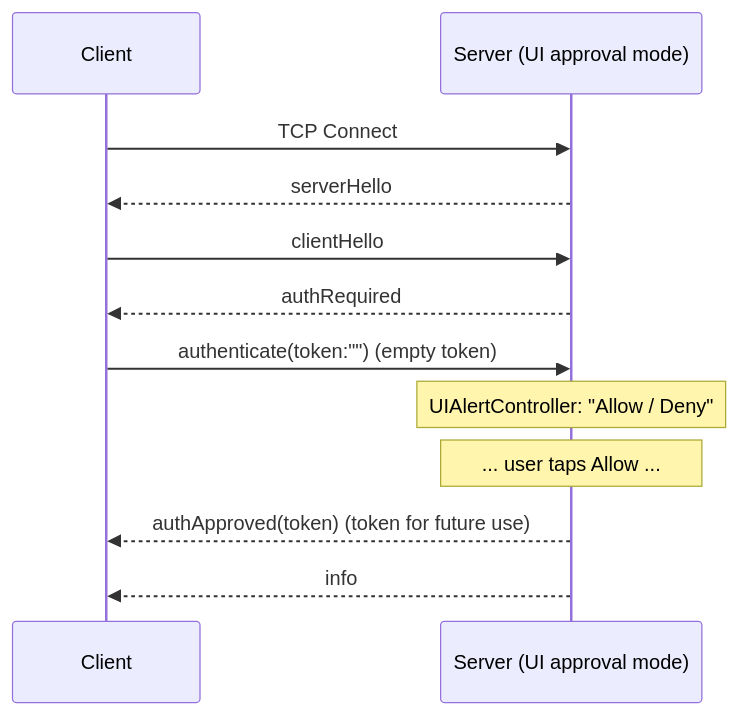
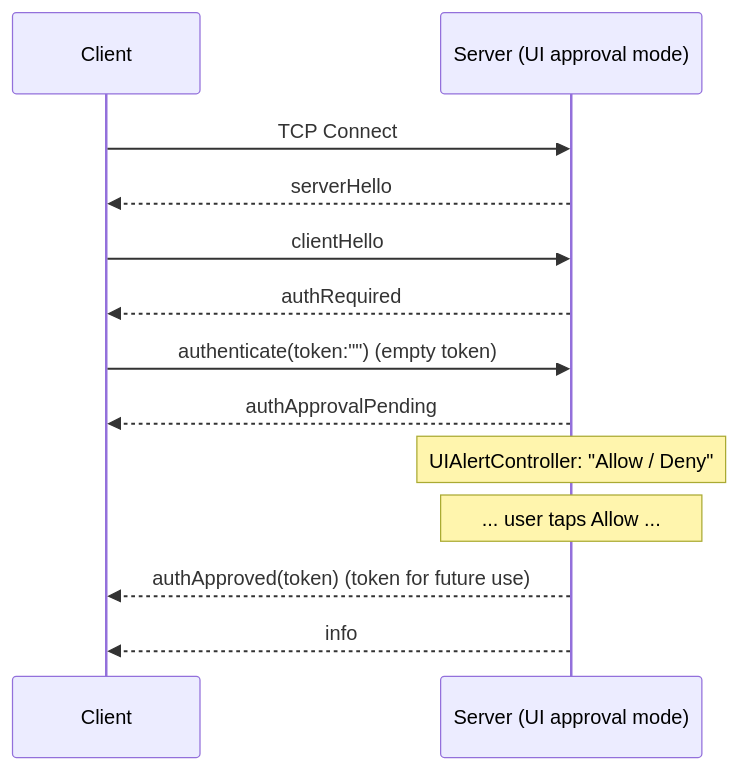
The fifth of 5 diagrams in docs/WIRE-PROTOCOL.md (RoyalPineapple/TheButtonHeist), drawn with Mermaid before and after one commit. The commit also changed other lines of this file and 36 other files, not shown here.

````diff
--- a/docs/WIRE-PROTOCOL.md
+++ b/docs/WIRE-PROTOCOL.md
@@ -1612,15 +1556,16 @@
 ```mermaid
 sequenceDiagram
     participant Client
     participant Server as Server (UI approval mode)
 
     Client->>Server: TCP Connect
     Server-->>Client: serverHello
     Client->>Server: clientHello
     Server-->>Client: authRequired
     Client->>Server: authenticate(token:"") (empty token)
+    Server-->>Client: authApprovalPending
     Note over Server: UIAlertController: "Allow / Deny"
     Note over Server: ... user taps Allow ...
     Server-->>Client: authApproved(token) (token for future use)
     Server-->>Client: info
 ```
````
